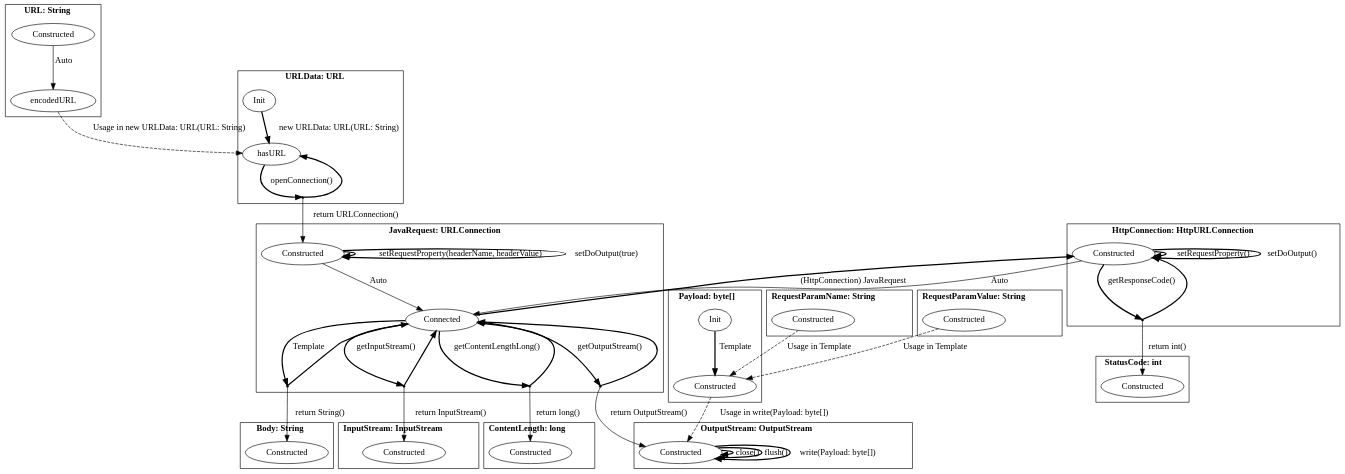
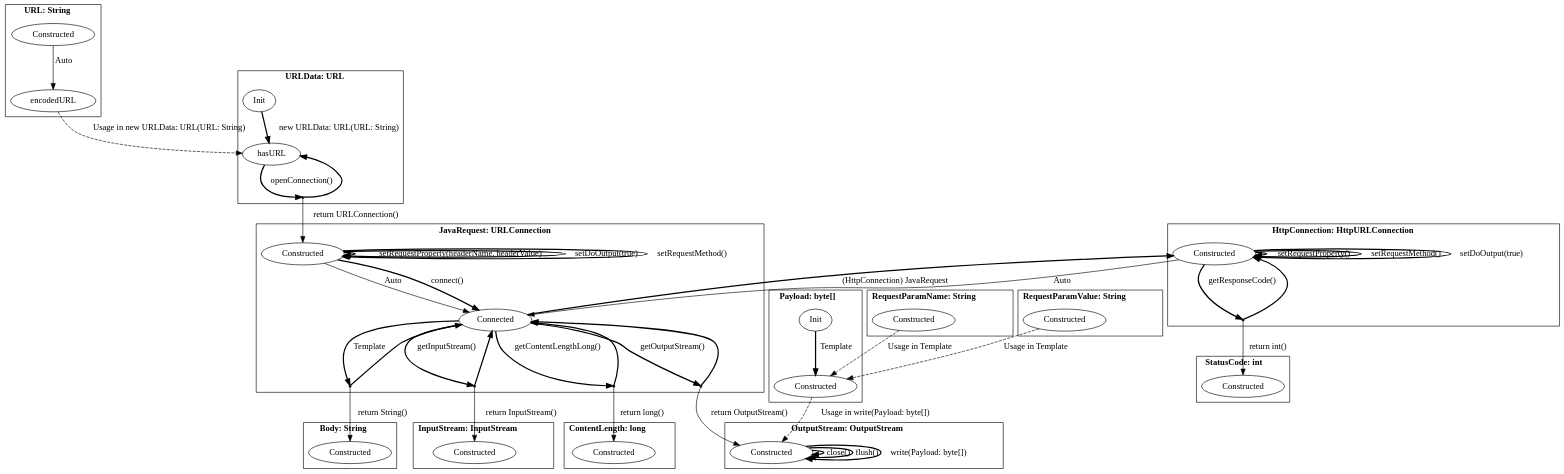
Before and after one commit to h31/LibraryMigration: the diagram in pictures/java.dot, drawn with Graphviz. The commit also changed 9 other files, not shown here.

```diff
--- a/pictures/java.dot
+++ b/pictures/java.dot
@@ -1,96 +1,99 @@
 digraph G {
     bgcolor="transparent";
     subgraph cluster0 {
     label = <<B>URL: String</B>>;
         Constructed_URL [ label="Constructed" ];
         encodedURL_URL [ label="encodedURL" ];
     }
     subgraph cluster1 {
     label = <<B>URLData: URL</B>>;
         Init_URLData [ label="Init" ];
         hasURL_URLData [ label="hasURL" ];
         virtual0 [ shape = point ];
     }
     subgraph cluster2 {
     label = <<B>JavaRequest: URLConnection</B>>;
         Constructed_JavaRequest [ label="Constructed" ];
         Connected_JavaRequest [ label="Connected" ];
         virtual1 [ shape = point ];
         virtual2 [ shape = point ];
         virtual3 [ shape = point ];
         virtual4 [ shape = point ];
     }
     subgraph cluster3 {
     label = <<B>Body: String</B>>;
         Constructed_Body [ label="Constructed" ];
     }
     subgraph cluster4 {
     label = <<B>InputStream: InputStream</B>>;
         Constructed_InputStream [ label="Constructed" ];
     }
     subgraph cluster5 {
     label = <<B>ContentLength: long</B>>;
         Constructed_ContentLength [ label="Constructed" ];
     }
     subgraph cluster6 {
     label = <<B>StatusCode: int</B>>;
         Constructed_StatusCode [ label="Constructed" ];
     }
     subgraph cluster7 {
     label = <<B>HttpConnection: HttpURLConnection</B>>;
         Constructed_HttpConnection [ label="Constructed" ];
         virtual5 [ shape = point ];
     }
     subgraph cluster8 {
     label = <<B>OutputStream: OutputStream</B>>;
         Constructed_OutputStream [ label="Constructed" ];
     }
     subgraph cluster9 {
     label = <<B>Payload: byte[]</B>>;
         Init_Payload [ label="Init" ];
         Constructed_Payload [ label="Constructed" ];
     }
     subgraph cluster10 {
     label = <<B>RequestParamName: String</B>>;
         Constructed_RequestParamName [ label="Constructed" ];
     }
     subgraph cluster11 {
     label = <<B>RequestParamValue: String</B>>;
         Constructed_RequestParamValue [ label="Constructed" ];
     }
         Constructed_URL -> encodedURL_URL [ label="Auto", style = "solid"  ];
         encodedURL_URL -> hasURL_URLData [ label="Usage in new URLData: URL(URL: String)", style = "dashed"  ];
         Init_URLData -> hasURL_URLData [ label="new URLData: URL(URL: String)", style = "bold"  ];
         hasURL_URLData -> virtual0 [ style = "bold" label="openConnection()"  ];
         virtual0 -> hasURL_URLData [ style = "bold"  ];
         virtual0 -> Constructed_JavaRequest [ label="return URLConnection()"  ];
         Constructed_JavaRequest -> Connected_JavaRequest [ label="Auto", style = "solid"  ];
+        Constructed_JavaRequest -> Connected_JavaRequest [ label="connect()", style = "bold"  ];
         Connected_JavaRequest -> virtual1 [ style = "bold" label="Template"  ];
         virtual1 -> Connected_JavaRequest [ style = "bold"  ];
         virtual1 -> Constructed_Body [ label="return String()"  ];
         Connected_JavaRequest -> virtual2 [ style = "bold" label="getInputStream()"  ];
         virtual2 -> Connected_JavaRequest [ style = "bold"  ];
         virtual2 -> Constructed_InputStream [ label="return InputStream()"  ];
         Constructed_JavaRequest -> Constructed_JavaRequest [ label="setRequestProperty(headerName, headerValue)", style = "bold"  ];
         Constructed_JavaRequest -> Constructed_JavaRequest [ label="setDoOutput(true)", style = "bold"  ];
+        Constructed_JavaRequest -> Constructed_JavaRequest [ label="setRequestMethod()", style = "bold"  ];
         Connected_JavaRequest -> virtual3 [ style = "bold" label="getContentLengthLong()"  ];
         virtual3 -> Connected_JavaRequest [ style = "bold"  ];
         virtual3 -> Constructed_ContentLength [ label="return long()"  ];
         Connected_JavaRequest -> virtual4 [ style = "bold" label="getOutputStream()"  ];
         virtual4 -> Connected_JavaRequest [ style = "bold"  ];
         virtual4 -> Constructed_OutputStream [ label="return OutputStream()"  ];
         Connected_JavaRequest -> Constructed_HttpConnection [ label="(HttpConnection) JavaRequest", style = "bold"  ];
         Constructed_HttpConnection -> Connected_JavaRequest [ label="Auto", style = "solid"  ];
         Constructed_HttpConnection -> virtual5 [ style = "bold" label="getResponseCode()"  ];
         virtual5 -> Constructed_HttpConnection [ style = "bold"  ];
         virtual5 -> Constructed_StatusCode [ label="return int()"  ];
         Constructed_HttpConnection -> Constructed_HttpConnection [ label="setRequestProperty()", style = "bold"  ];
-        Constructed_HttpConnection -> Constructed_HttpConnection [ label="setDoOutput()", style = "bold"  ];
+        Constructed_HttpConnection -> Constructed_HttpConnection [ label="setRequestMethod()", style = "bold"  ];
+        Constructed_HttpConnection -> Constructed_HttpConnection [ label="setDoOutput(true)", style = "bold"  ];
         Constructed_OutputStream -> Constructed_OutputStream [ label="close()", style = "bold"  ];
         Constructed_OutputStream -> Constructed_OutputStream [ label="flush()", style = "bold"  ];
         Constructed_OutputStream -> Constructed_OutputStream [ label="write(Payload: byte[])", style = "bold"  ];
         Init_Payload -> Constructed_Payload [ label="Template", style = "bold"  ];
         Constructed_Payload -> Constructed_OutputStream [ label="Usage in write(Payload: byte[])", style = "dashed"  ];
         Constructed_RequestParamName -> Constructed_Payload [ label="Usage in Template", style = "dashed"  ];
         Constructed_RequestParamValue -> Constructed_Payload [ label="Usage in Template", style = "dashed"  ];
 }
```
